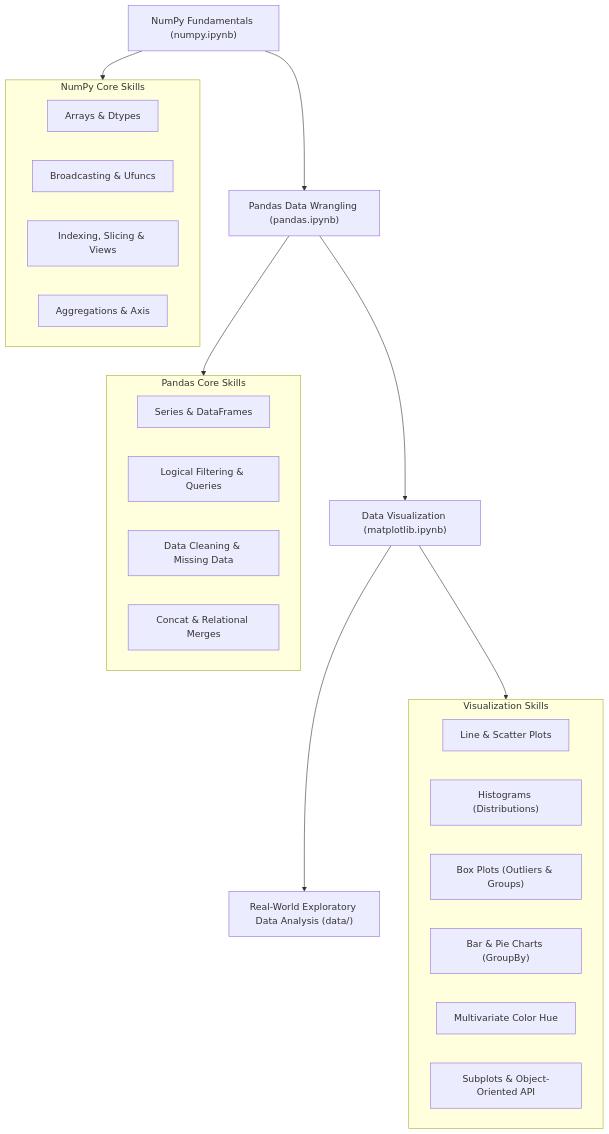
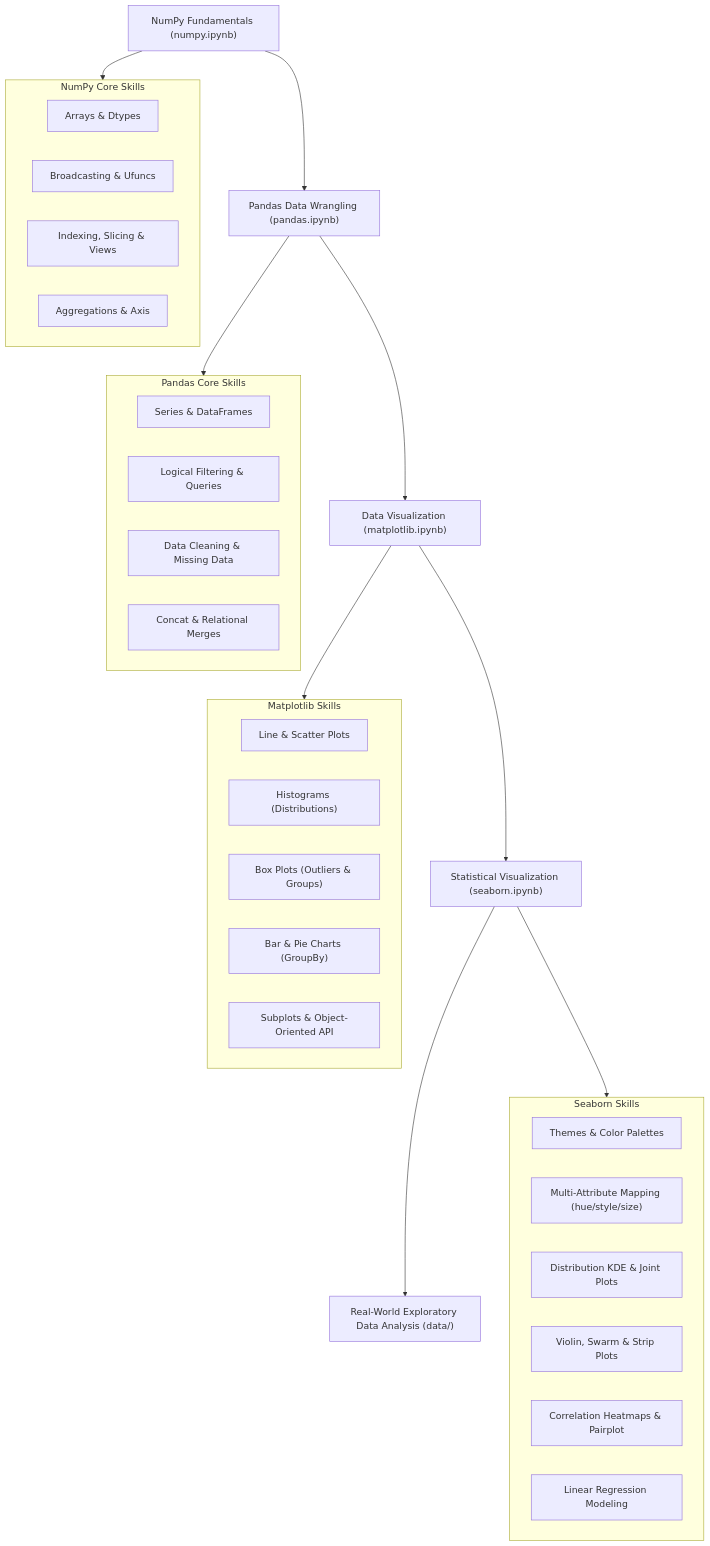
One commit to bonssss/data-analytics-journey changed the diagram in python_for_analyst/README.md. Above: the diagram before and after it, drawn with Mermaid. The commit also changed other lines of this file and 6 other files, not shown here.

Commit message:
feat: add seaborn tutorial notebook, comprehensive guide, and update documentation and roadmap

````diff
--- a/python_for_analyst/README.md
+++ b/python_for_analyst/README.md
@@ -19,33 +20,43 @@
 ```mermaid
 flowchart TD
     A["NumPy Fundamentals (numpy.ipynb)"] --> B["Pandas Data Wrangling (pandas.ipynb)"]
     B --> C["Data Visualization (matplotlib.ipynb)"]
-    C --> D["Real-World Exploratory Data Analysis (data/)"]
+    C --> D["Statistical Visualization (seaborn.ipynb)"]
+    D --> E["Real-World Exploratory Data Analysis (data/)"]
 
     subgraph NumPy_Skills ["NumPy Core Skills"]
         A1["Arrays & Dtypes"]
         A2["Broadcasting & Ufuncs"]
         A3["Indexing, Slicing & Views"]
         A4["Aggregations & Axis"]
     end
 
     subgraph Pandas_Skills ["Pandas Core Skills"]
         B1["Series & DataFrames"]
         B2["Logical Filtering & Queries"]
         B3["Data Cleaning & Missing Data"]
         B4["Concat & Relational Merges"]
     end
 
-    subgraph Matplotlib_Skills ["Visualization Skills"]
+    subgraph Matplotlib_Skills ["Matplotlib Skills"]
         C1["Line & Scatter Plots"]
         C2["Histograms (Distributions)"]
         C3["Box Plots (Outliers & Groups)"]
         C4["Bar & Pie Charts (GroupBy)"]
-        C5["Multivariate Color Hue"]
-        C6["Subplots & Object-Oriented API"]
+        C5["Subplots & Object-Oriented API"]
+    end
+
+    subgraph Seaborn_Skills ["Seaborn Skills"]
+        D1["Themes & Color Palettes"]
+        D2["Multi-Attribute Mapping (hue/style/size)"]
+        D3["Distribution KDE & Joint Plots"]
+        D4["Violin, Swarm & Strip Plots"]
+        D5["Correlation Heatmaps & Pairplot"]
+        D6["Linear Regression Modeling"]
     end
 
     A --> NumPy_Skills
     B --> Pandas_Skills
     C --> Matplotlib_Skills
+    D --> Seaborn_Skills
 ```
````
